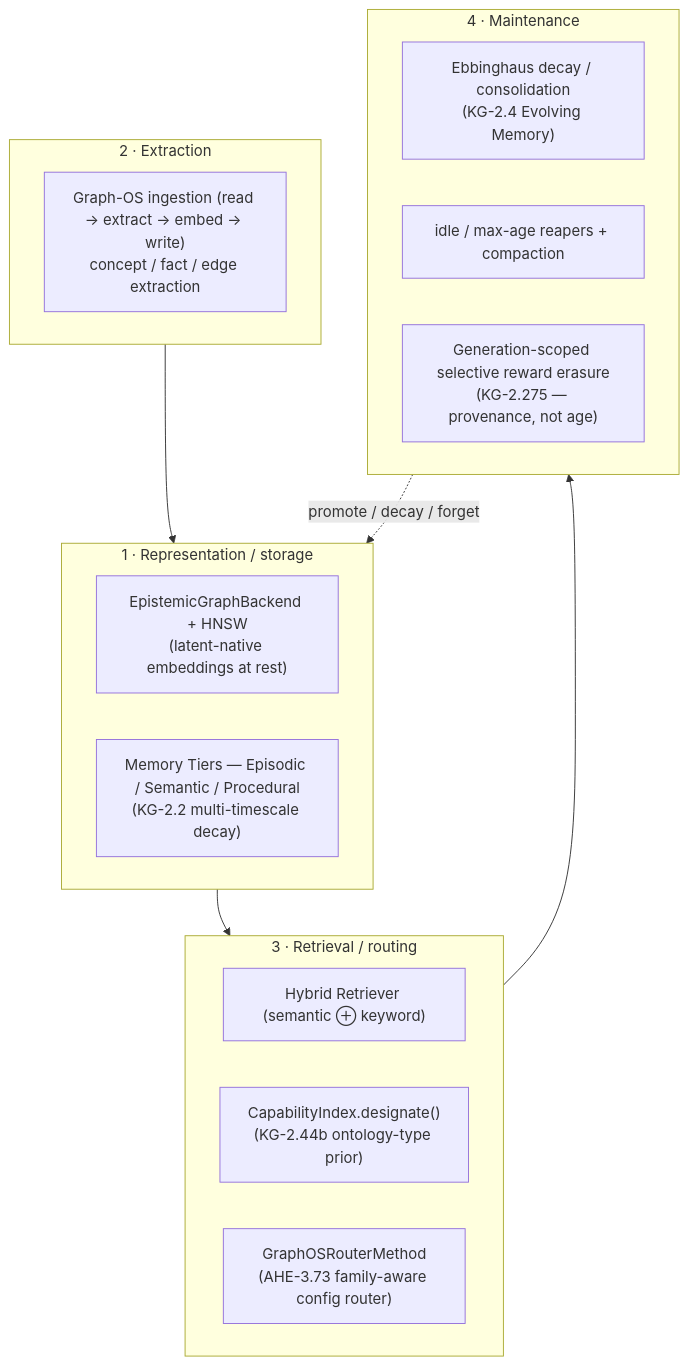
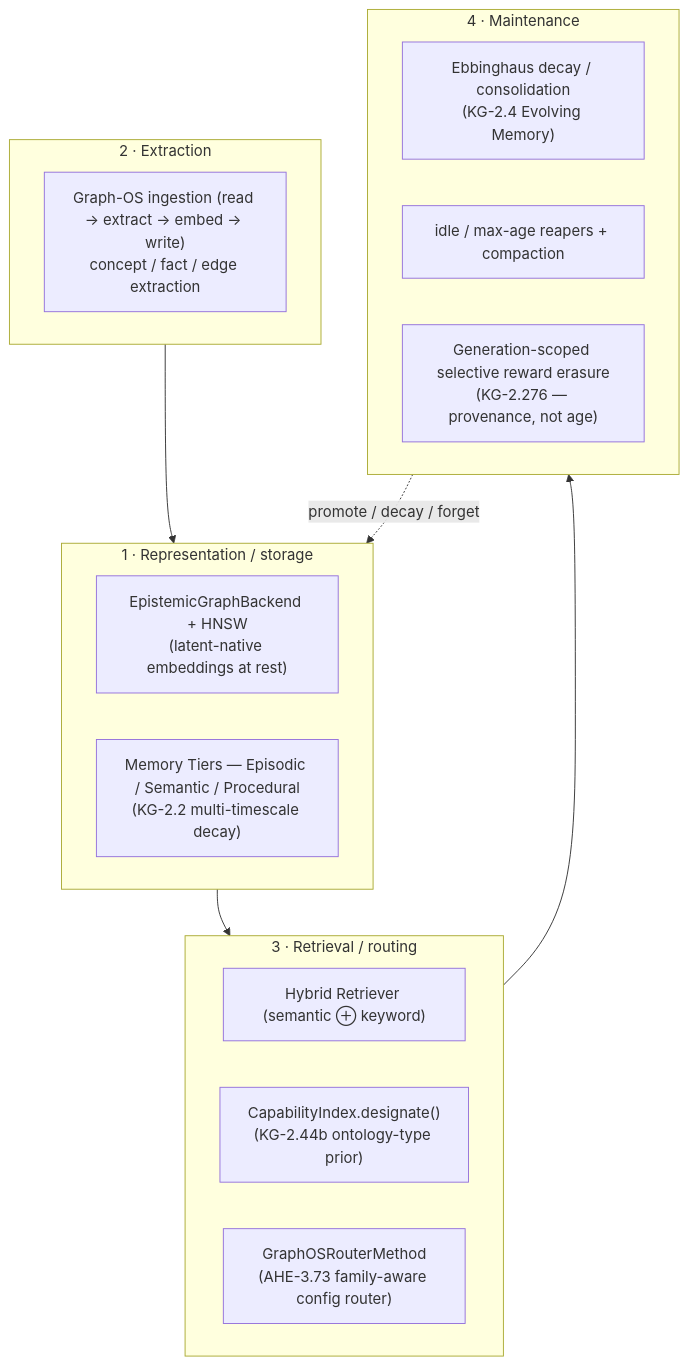
The first of 2 diagrams in docs/pillars/memory_architecture.md (Knuckles-Team/agent-utilities), drawn with Mermaid before and after one commit. The commit also changed other lines of this file and 7 other files, not shown here.

Commit message:
refactor: renumber selective-erasure KG-2.275→KG-2.276 (KG-2.275 taken by MRAgent reconstruction)

````diff
--- a/docs/pillars/memory_architecture.md
+++ b/docs/pillars/memory_architecture.md
@@ -31,25 +31,25 @@
 ```mermaid
 flowchart TB
     subgraph REP["1 · Representation / storage"]
         EGB["EpistemicGraphBackend + HNSW<br/>(latent-native embeddings at rest)"]
         TIERS["Memory Tiers — Episodic / Semantic / Procedural<br/>(KG-2.2 multi-timescale decay)"]
     end
     subgraph EXT["2 · Extraction"]
         ING["Graph-OS ingestion (read → extract → embed → write)<br/>concept / fact / edge extraction"]
     end
     subgraph RET["3 · Retrieval / routing"]
         HYB["Hybrid Retriever (semantic ⊕ keyword)"]
         CIDX["CapabilityIndex.designate()<br/>(KG-2.44b ontology-type prior)"]
         ROUTE["GraphOSRouterMethod<br/>(AHE-3.73 family-aware config router)"]
     end
     subgraph MNT["4 · Maintenance"]
         DECAY["Ebbinghaus decay / consolidation<br/>(KG-2.4 Evolving Memory)"]
         REAP["idle / max-age reapers + compaction"]
-        ERASE["Generation-scoped selective reward erasure<br/>(KG-2.275 — provenance, not age)"]
+        ERASE["Generation-scoped selective reward erasure<br/>(KG-2.276 — provenance, not age)"]
     end
 
     EXT --> REP
     REP --> RET
     RET --> MNT
     MNT -. "promote / decay / forget" .-> REP
 ```
````
